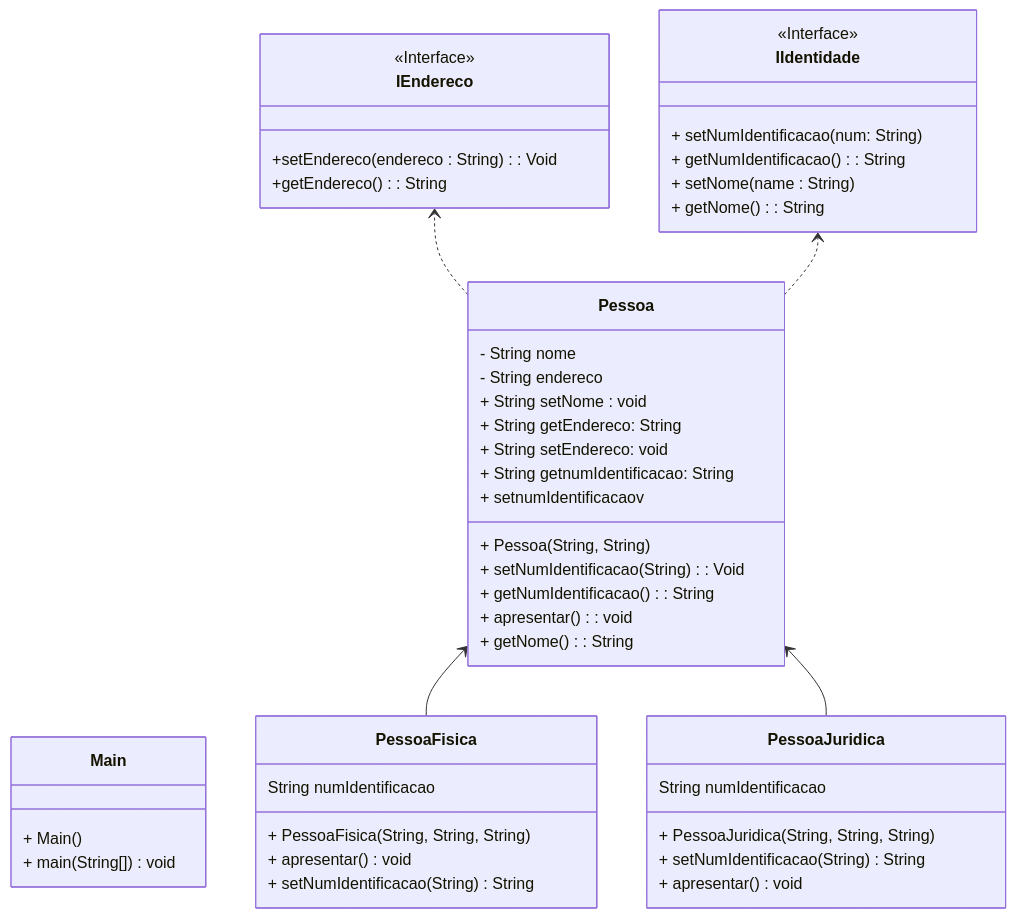
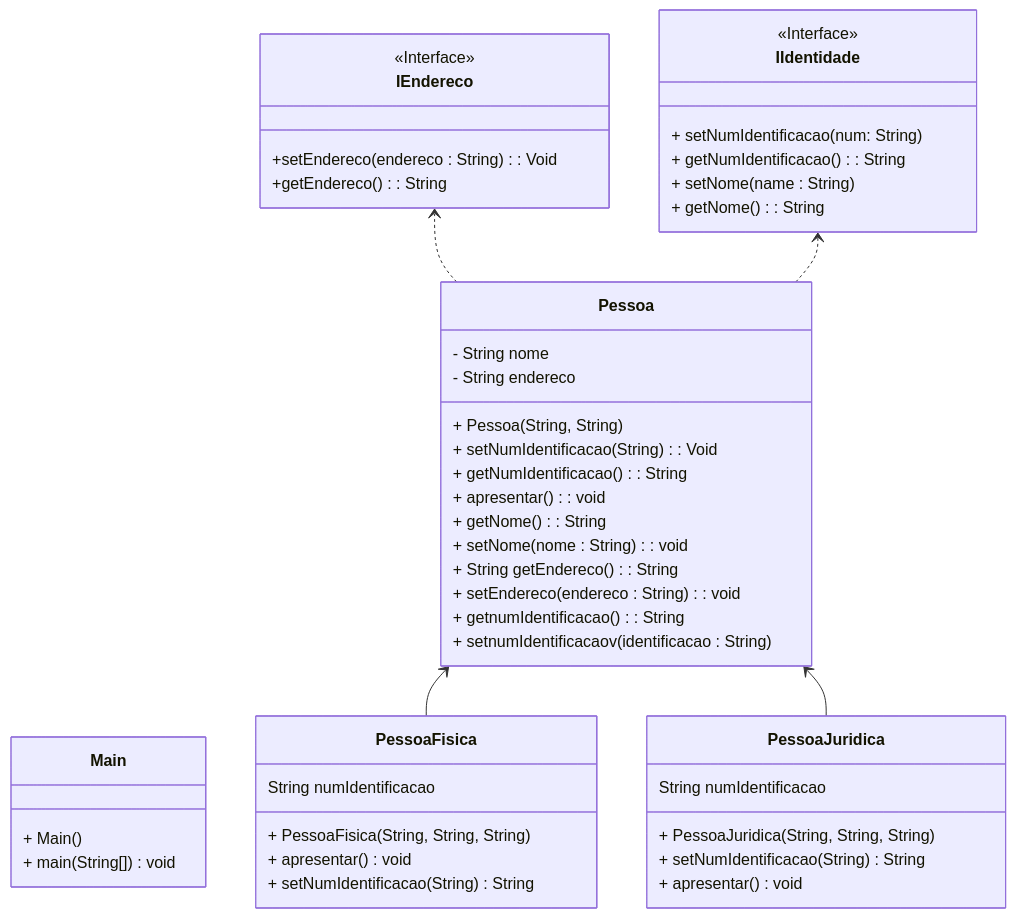
One commit to OsmarBaia/ebac-back-end changed the diagram in README.md. Above: the diagram before and after it, drawn with Mermaid.

````diff
--- a/README.md
+++ b/README.md
@@ -3,56 +3,56 @@
 ```mermaid
 classDiagram
 direction BT
 
 class IEndereco {
 <<Interface>>
     +setEndereco(endereco : String) : Void
     +getEndereco() : String
 }
 
 class IIdentidade {
 <<Interface>>
     + setNumIdentificacao(num: String) 
     + getNumIdentificacao() : String
     + setNome(name : String)
     + getNome() : String
   }
 
   class Main {
     + Main()
     + main(String[]) void
   }
 
   class Pessoa {
     + Pessoa(String, String)
     - String nome
     - String endereco
     + setNumIdentificacao(String) : Void
     + getNumIdentificacao() : String
     + apresentar() : void
     + getNome () : String
-    + String setNome : void
-    + String getEndereco: String
-    + String setEndereco: void
-    + String getnumIdentificacao: String
-    + setnumIdentificacaov
+    + setNome (nome : String) : void
+    + String getEndereco() : String
+    + setEndereco (endereco : String): void
+    + getnumIdentificacao () : String
+    + setnumIdentificacaov(identificacao : String)
   }
   class PessoaFisica {
 + PessoaFisica(String, String, String)
 + apresentar() void
 + setNumIdentificacao(String) String
   String numIdentificacao
   }
   class PessoaJuridica {
 + PessoaJuridica(String, String, String)
 + setNumIdentificacao(String) String
 + apresentar() void
   String numIdentificacao
   }
 
 Pessoa  ..>  IEndereco
 Pessoa  ..>  IIdentidade
 PessoaFisica  -->  Pessoa
 PessoaJuridica  -->  Pessoa 
 
 ```
````
